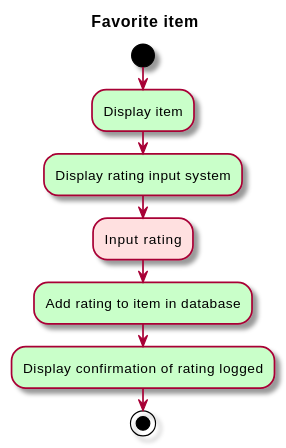
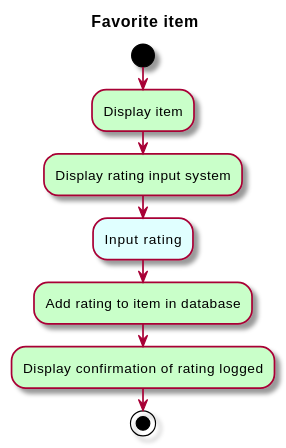
One commit to sashap100/Vassar-Dining-App changed the diagram in intellij/doc/use-cases/review-item.md. Above: the diagram before and after it, drawn with PlantUML.

Commit message:
Modified review item use case

````diff
--- a/intellij/doc/use-cases/review-item.md
+++ b/intellij/doc/use-cases/review-item.md
@@ -3,15 +3,15 @@
 ```plantuml
 @startuml
 
 skin rose
 title Favorite item
 
 start
 #technology:Display item;
 #technology:Display rating input system;
-#implementation:Input rating;
+#LightCyan:Input rating;
 #technology:Add rating to item in database;
 #technology:Display confirmation of rating logged;
 stop
 @enduml
 ```
````
